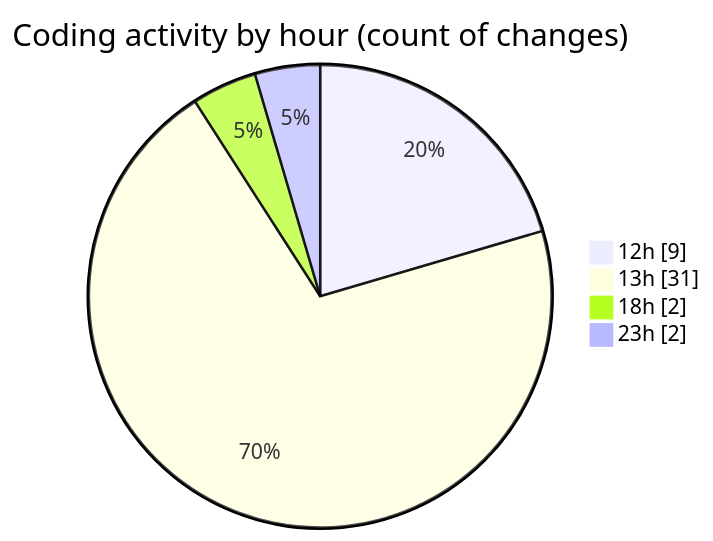
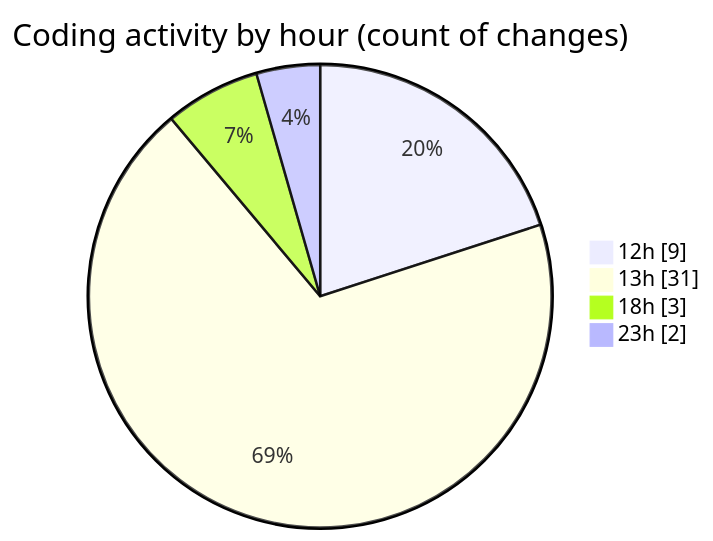
The second of 2 diagrams in 2025-03-29/binarysec/README.md (Elitesun/code-tracking), drawn with Mermaid before and after one commit. The commit also changed other lines of this file and 1 other file, not shown here.

````diff
--- a/2025-03-29/binarysec/README.md
+++ b/2025-03-29/binarysec/README.md
@@ -42,8 +42,8 @@
 ```mermaid
 pie showData
 title Coding activity by hour (count of changes)
 "12h" : 9
 "13h" : 31
-"18h" : 2
+"18h" : 3
 "23h" : 2
 ```
````
